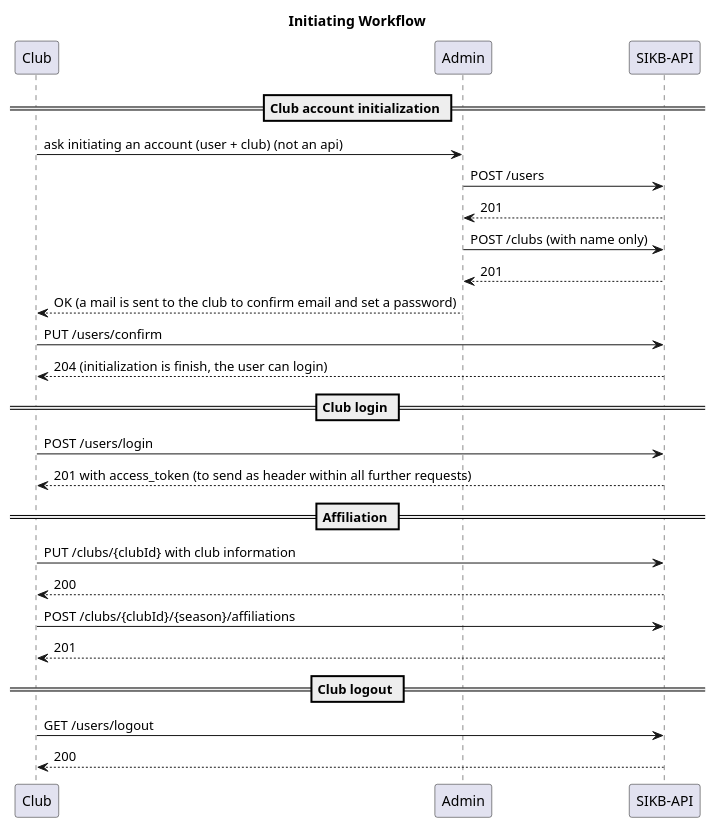
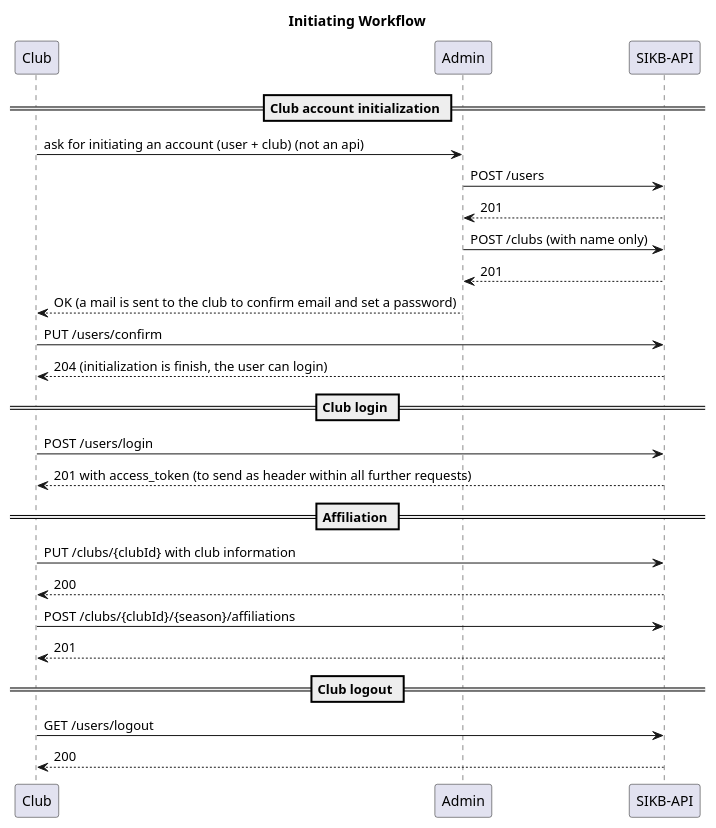
The diagram in doc/schema/worfklows.plantuml (alexeil/sikb-api), drawn with PlantUML before and after one commit. The commit also changed 7 other files, not shown here.

```diff
--- a/doc/schema/worfklows.plantuml
+++ b/doc/schema/worfklows.plantuml
@@ -1,32 +1,32 @@
 @startuml
 title Initiating Workflow
  
 participant "Club" as club
 participant "Admin" as admin
 participant "SIKB-API" as api 
 
 == Club account initialization ==
-club -> admin : ask initiating an account (user + club) (not an api)
+club -> admin : ask for initiating an account (user + club) (not an api)
 admin -> api : POST /users
 admin <-- api : 201
 admin -> api : POST /clubs (with name only)
 admin <-- api : 201
 club <-- admin : OK (a mail is sent to the club to confirm email and set a password)
 club -> api : PUT /users/confirm
 club <-- api : 204 (initialization is finish, the user can login)
 
 == Club login ==
 club -> api : POST /users/login
 club <-- api : 201 with access_token (to send as header within all further requests)
 
 == Affiliation ==
 club -> api : PUT /clubs/{clubId} with club information
 club <-- api : 200
 club -> api : POST /clubs/{clubId}/{season}/affiliations
 club <-- api : 201
 
 == Club logout ==
 club -> api : GET /users/logout
 club <-- api : 200
 
 @enduml
```
